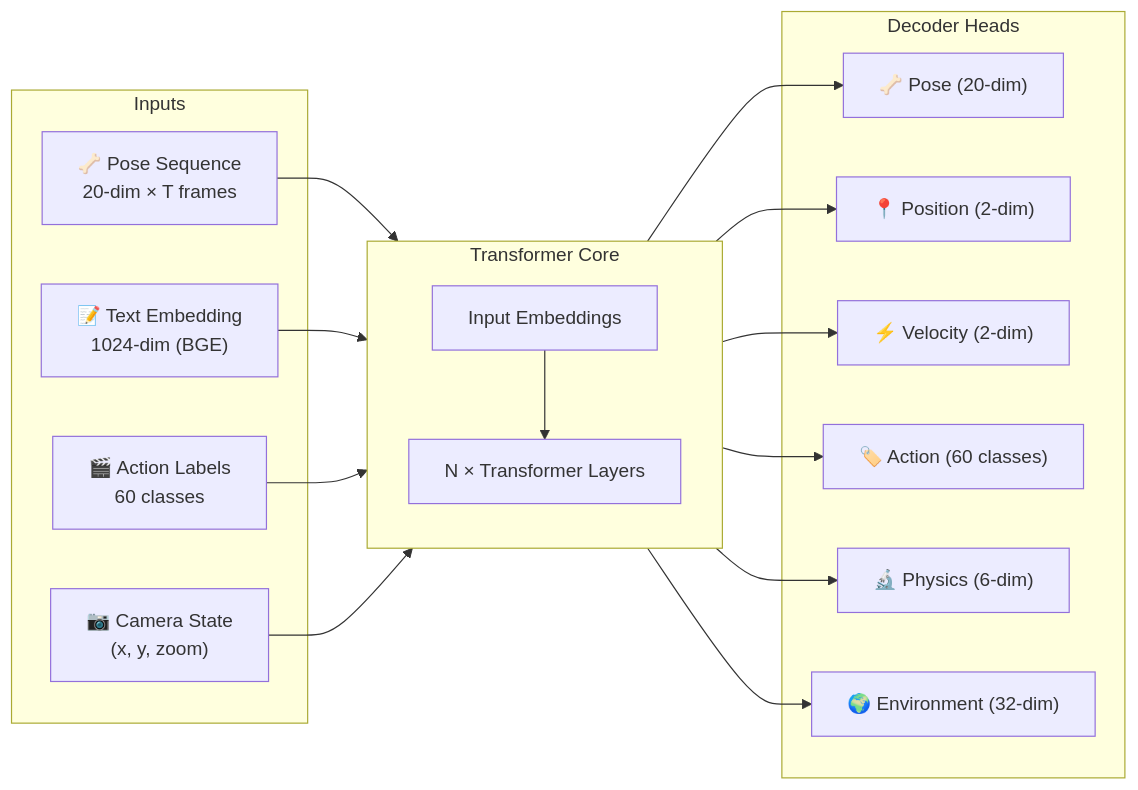
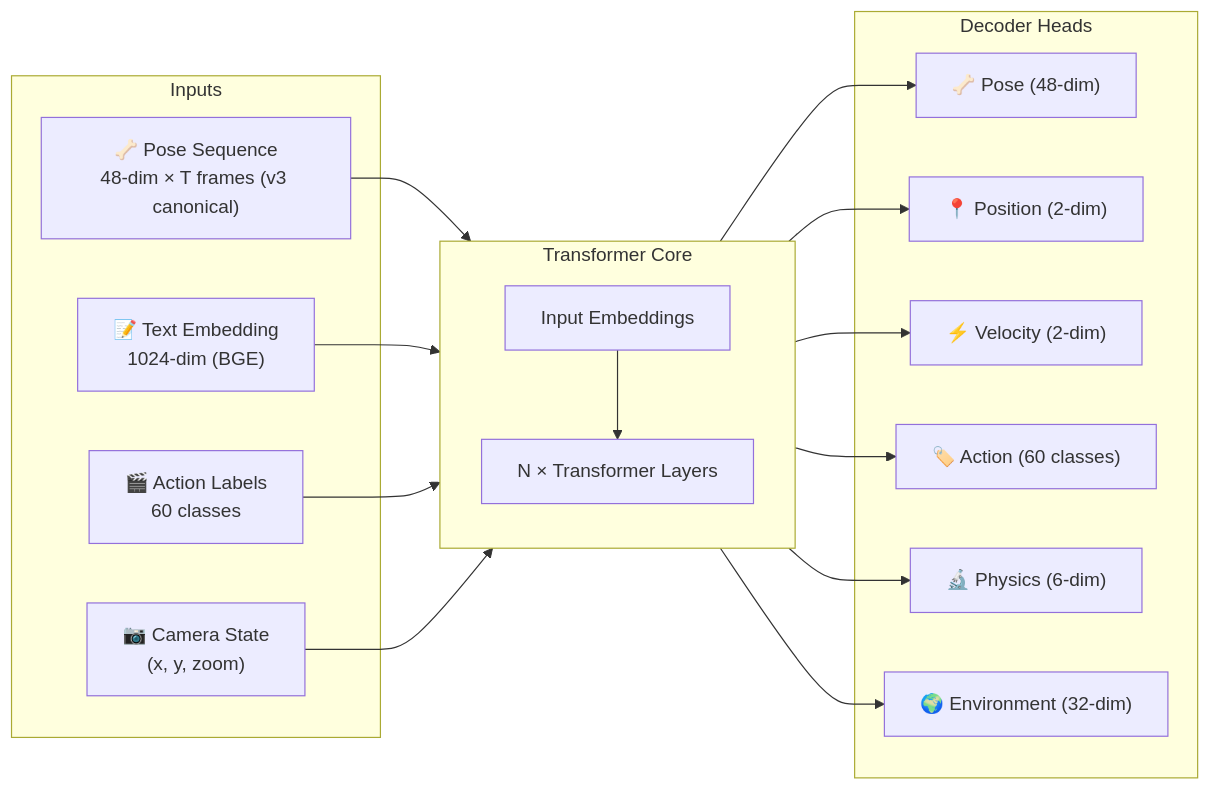
The fourth of 4 diagrams in docs/architecture/TRANSFORMER_ARCHITECTURE.md (gestura-ai/stick-gen), drawn with Mermaid before and after one commit. The commit also changed 78 other files, not shown here.

````diff
--- a/docs/architecture/TRANSFORMER_ARCHITECTURE.md
+++ b/docs/architecture/TRANSFORMER_ARCHITECTURE.md
@@ -126,36 +126,36 @@
 ```mermaid
 flowchart LR
     subgraph INPUTS["Inputs"]
-        P["🦴 Pose Sequence<br/>20-dim × T frames"]
+        P["🦴 Pose Sequence<br/>48-dim × T frames (v3 canonical)"]
         T["📝 Text Embedding<br/>1024-dim (BGE)"]
         A["🎬 Action Labels<br/>60 classes"]
         C["📷 Camera State<br/>(x, y, zoom)"]
     end
 
     subgraph TRANSFORMER["Transformer Core"]
         direction TB
         EMB["Input Embeddings"]
         LAYERS["N × Transformer Layers"]
         EMB --> LAYERS
     end
 
     subgraph OUTPUTS["Decoder Heads"]
-        H1["🦴 Pose (20-dim)"]
+        H1["🦴 Pose (48-dim)"]
         H2["📍 Position (2-dim)"]
         H3["⚡ Velocity (2-dim)"]
         H4["🏷️ Action (60 classes)"]
         H5["🔬 Physics (6-dim)"]
         H6["🌍 Environment (32-dim)"]
     end
 
     P --> TRANSFORMER
     T --> TRANSFORMER
     A --> TRANSFORMER
     C --> TRANSFORMER
     TRANSFORMER --> H1
     TRANSFORMER --> H2
     TRANSFORMER --> H3
     TRANSFORMER --> H4
     TRANSFORMER --> H5
     TRANSFORMER --> H6
 ```
````
